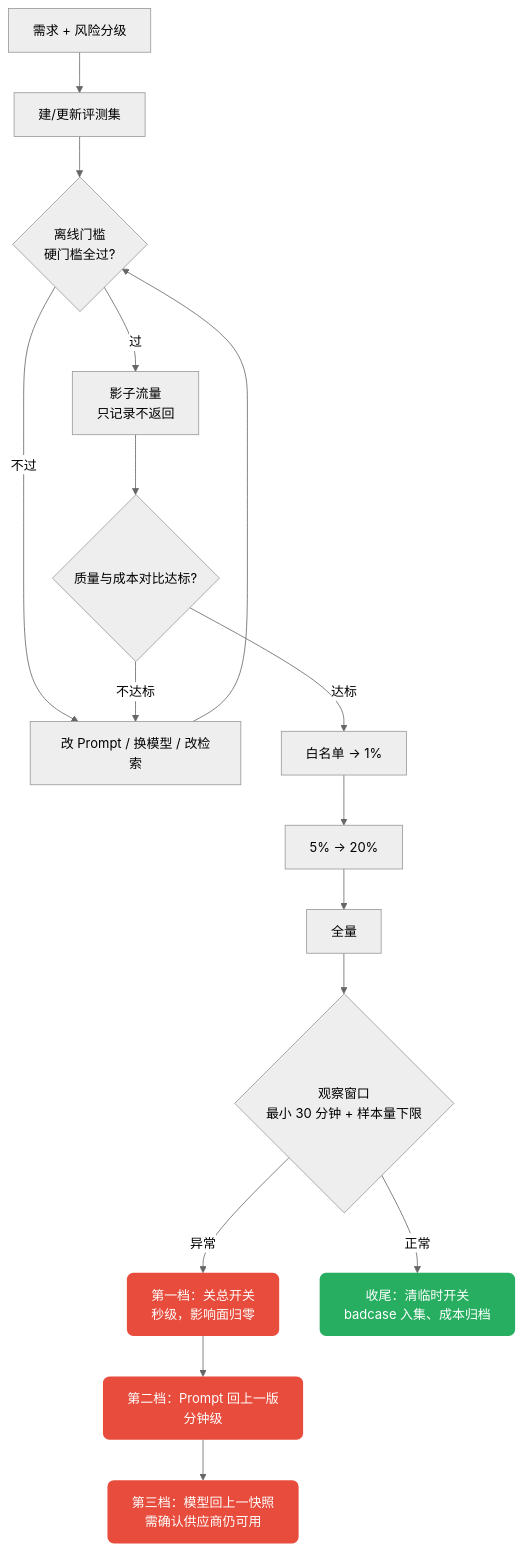
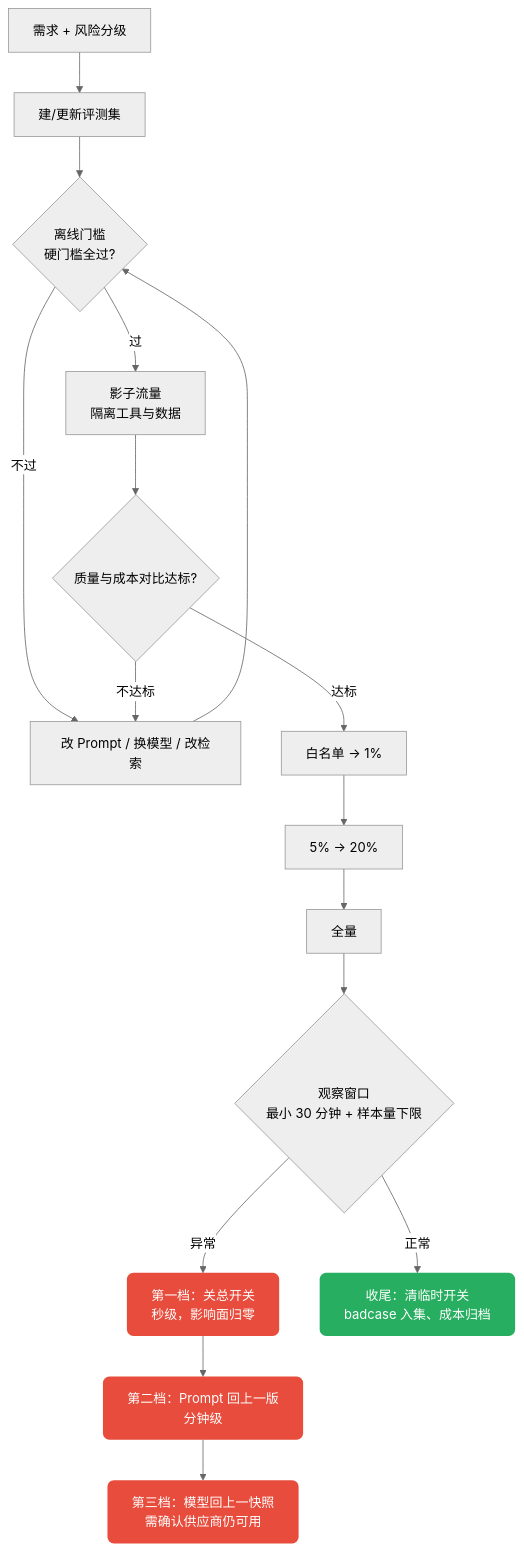
One commit to zhaoge0202/zhaoge_blog changed the diagram in src/ai/ai-feature-rollout-guard.md. Above: the diagram before and after it, drawn with Mermaid (neutral theme). The commit also changed other lines of this file and 25 other files, not shown here.

````diff
--- a/src/ai/ai-feature-rollout-guard.md
+++ b/src/ai/ai-feature-rollout-guard.md
@@ -169,23 +175,23 @@
 ```mermaid
 flowchart TD
     A["需求 + 风险分级"] --> B["建/更新评测集"]
     B --> C{"离线门槛<br/>硬门槛全过?"}
     C -->|不过| D["改 Prompt / 换模型 / 改检索"]
     D --> C
-    C -->|过| E["影子流量<br/>只记录不返回"]
+    C -->|过| E["影子流量<br/>隔离工具与数据"]
     E --> F{"质量与成本对比达标?"}
     F -->|不达标| D
     F -->|达标| G["白名单 → 1%"]
     G --> H["5% → 20%"]
     H --> I["全量"]
     I --> J{"观察窗口<br/>最小 30 分钟 + 样本量下限"}
     J -->|异常| R1["第一档：关总开关<br/>秒级，影响面归零"]
     R1 --> R2["第二档：Prompt 回上一版<br/>分钟级"]
     R2 --> R3["第三档：模型回上一快照<br/>需确认供应商仍可用"]
     J -->|正常| K["收尾：清临时开关<br/>badcase 入集、成本归档"]
 
     classDef bad fill:#E74C3C,color:#fff,stroke:none,rx:8
     classDef good fill:#27AE60,color:#fff,stroke:none,rx:8
     class R1,R2,R3 bad
     class K good
 ```
````
